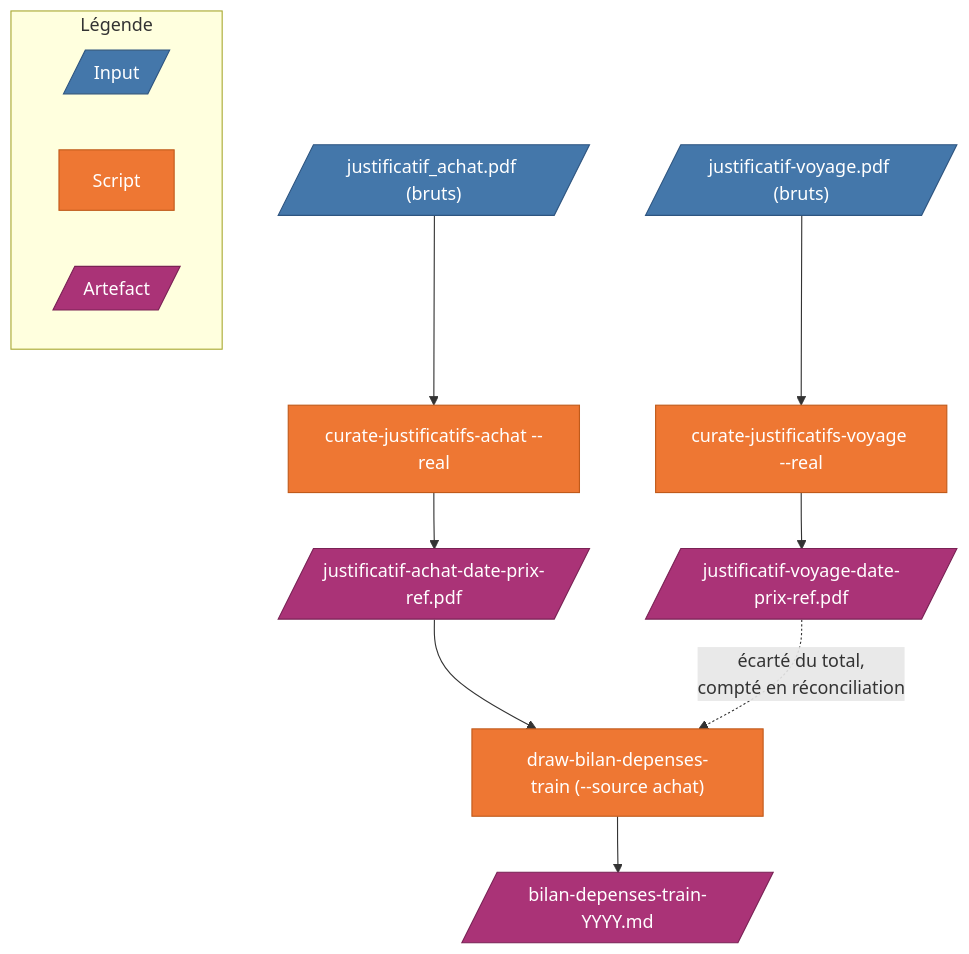
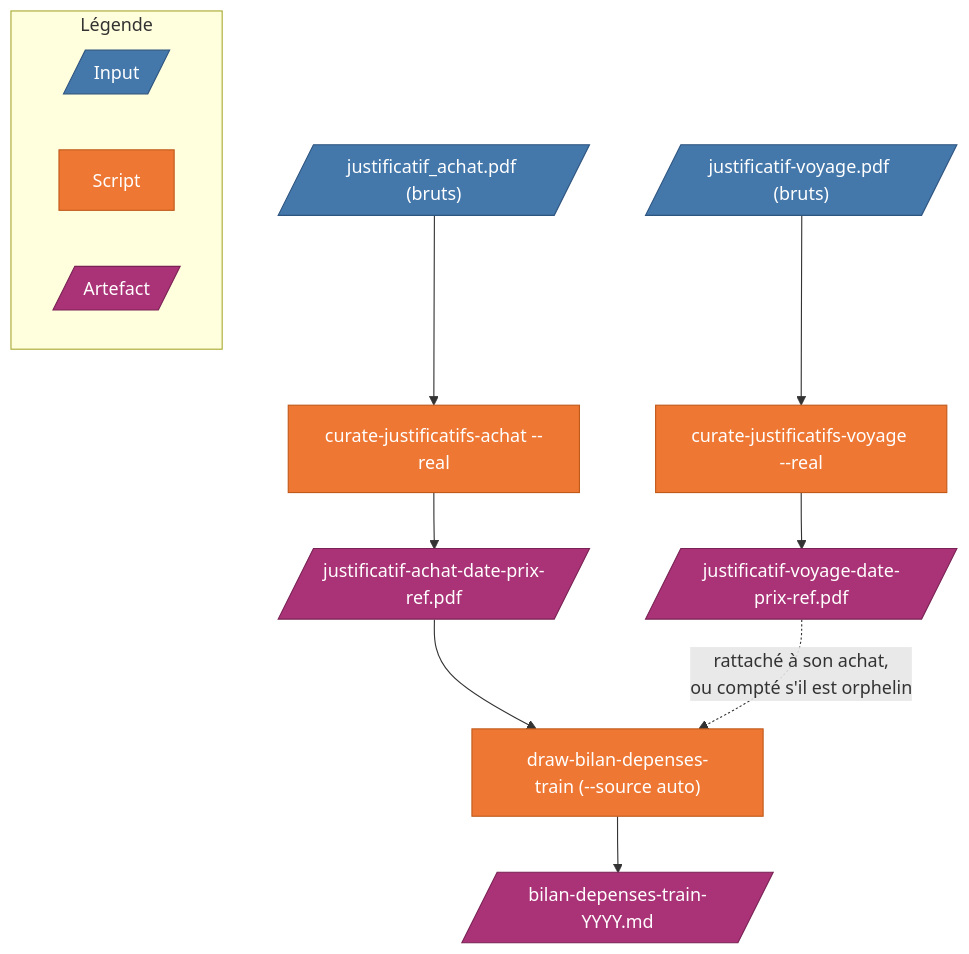
One commit to ValentinDumas/toolbox changed the diagram in sncf-trip-proofs/README.md. Above: the diagram before and after it, drawn with Mermaid. The commit also changed other lines of this file and 3 other files, not shown here.

````diff
--- a/sncf-trip-proofs/README.md
+++ b/sncf-trip-proofs/README.md
@@ -9,27 +9,27 @@
 ```mermaid
 flowchart TD
     classDef input    fill:#4477AA,stroke:#2E5580,color:#fff
     classDef script   fill:#EE7733,stroke:#C05A1A,color:#fff
     classDef artifact fill:#AA3377,stroke:#7A2255,color:#fff
 
     V[/"justificatif-voyage.pdf (bruts)"/]:::input
     A[/"justificatif_achat.pdf (bruts)"/]:::input
 
     V --> CV["curate-justificatifs-voyage --real"]:::script
     A --> CA["curate-justificatifs-achat --real"]:::script
 
     CV --> OV[/"justificatif-voyage-date-prix-ref.pdf"/]:::artifact
     CA --> OA[/"justificatif-achat-date-prix-ref.pdf"/]:::artifact
 
-    OA --> B["draw-bilan-depenses-train (--source achat)"]:::script
-    OV -.->|"écarté du total,<br/>compté en réconciliation"| B
+    OA --> B["draw-bilan-depenses-train (--source auto)"]:::script
+    OV -.->|"rattaché à son achat,<br/>ou compté s'il est orphelin"| B
 
     B --> R[/"bilan-depenses-train-YYYY.md"/]:::artifact
 
     subgraph legend["Légende"]
         direction LR
         Li[/"Input"/]:::input
         Ls["Script"]:::script
         La[/"Artefact"/]:::artifact
     end
 ```
````
